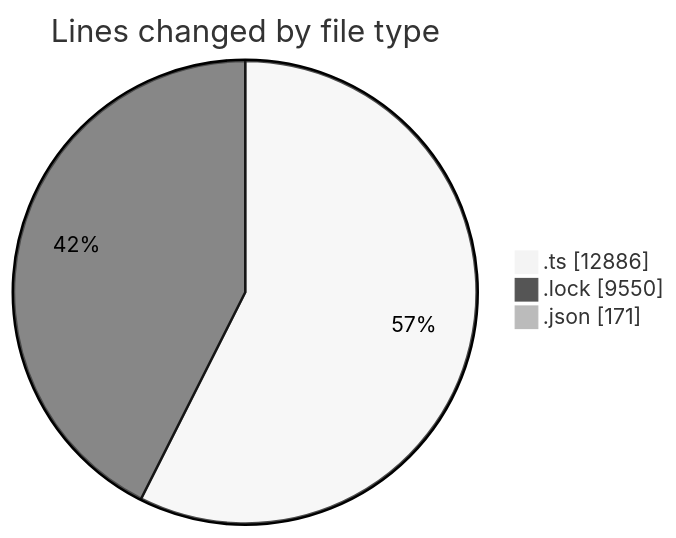
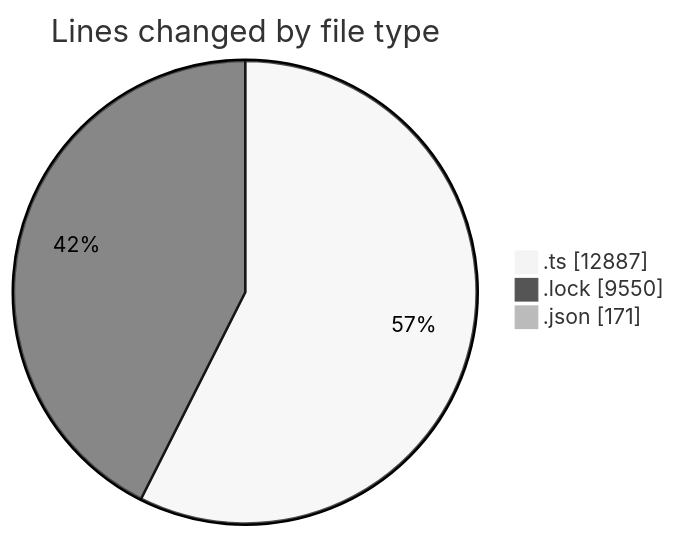
One commit to momahboobian/code-tracking changed the first of 2 diagrams in 2025-10-30/cda/README.md. Above: the diagram before and after it, drawn with Mermaid (neutral theme). The commit also changed other lines of this file and 1 other file, not shown here.

````diff
--- a/2025-10-30/cda/README.md
+++ b/2025-10-30/cda/README.md
@@ -28,7 +28,7 @@
 ```mermaid
 pie showData
 title Lines changed by file type
-".ts" : 12886
+".ts" : 12887
 ".lock" : 9550
 ".json" : 171
 ```
````
